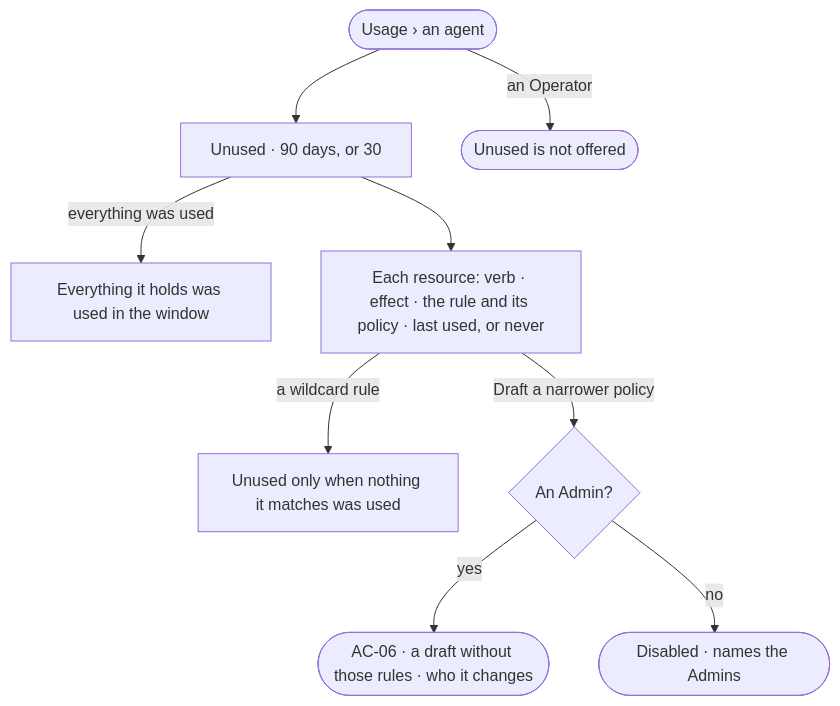
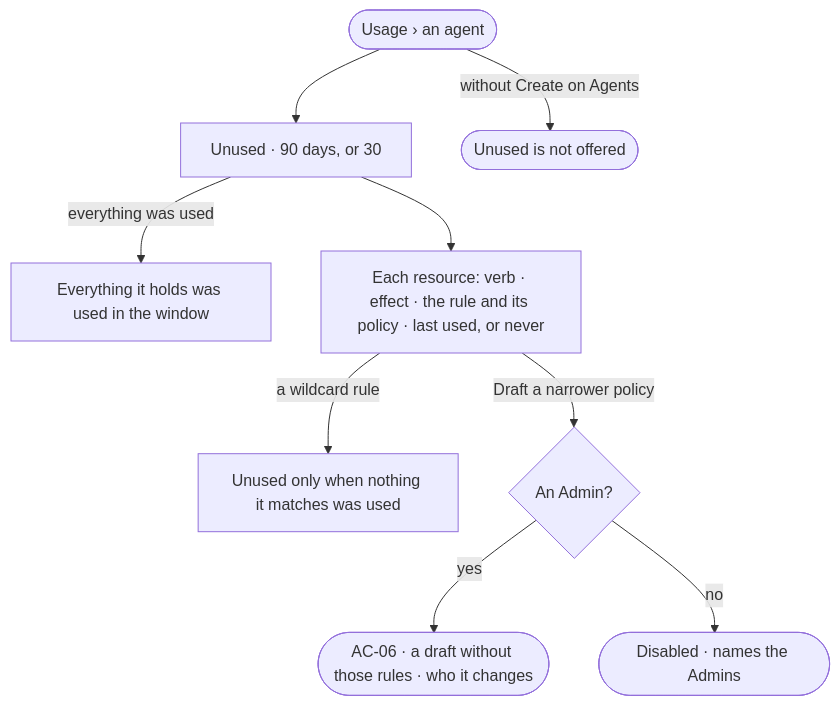
One commit to invana/invana changed the diagram in specs/os/access/features/AC-F08-access-usage/stories/AC-29-find-access-an-agent-never-uses/story.md. Above: the diagram before and after it, drawn with Mermaid. The commit also changed other lines of this file and 456 other files, not shown here.

````diff
--- a/specs/os/access/features/AC-F08-access-usage/stories/AC-29-find-access-an-agent-never-uses/story.md
+++ b/specs/os/access/features/AC-F08-access-usage/stories/AC-29-find-access-an-agent-never-uses/story.md
@@ -27,11 +27,11 @@
 ```mermaid
 flowchart TD
   a([Usage › an agent]) --> u["Unused · 90 days, or 30"]
   u -->|everything was used| none["Everything it holds was used in the window"]
   u --> rows["Each resource: verb · effect · the rule and its policy · last used, or never"]
   rows -->|a wildcard rule| wc["Unused only when nothing it matches was used"]
   rows -->|Draft a narrower policy| who{"An Admin?"}
   who -->|yes| dr(["AC-06 · a draft without those rules · who it changes"])
   who -->|no| ro(["Disabled · names the Admins"])
-  a -->|an Operator| no(["Unused is not offered"])
+  a -->|without Create on Agents| no(["Unused is not offered"])
 ```
````
